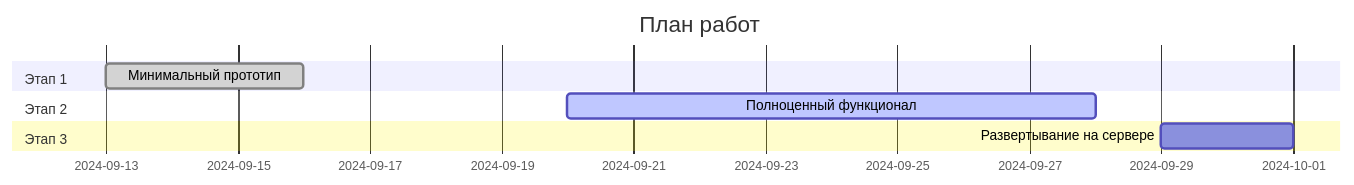
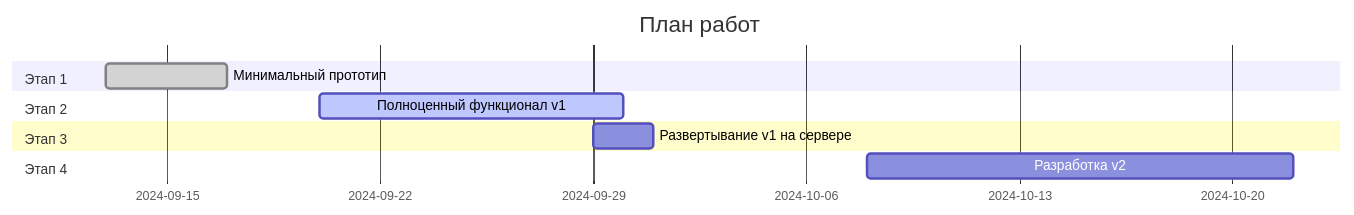
The diagram in ROADMAP.md (worker-one/real_estate_telegram_bot), drawn with Mermaid before and after one commit. The commit also changed other lines of this file, not shown here.

````diff
--- a/ROADMAP.md
+++ b/ROADMAP.md
@@ -47,11 +67,13 @@
 ```mermaid
 gantt
     dateFormat  YYYY-MM-DD
     title План работ
     section Этап 1
-    Минимальный прототип        :done, 2024-09-13, 3d
+    Минимальный прототип        :done, 2024-09-13, 4d
     section Этап 2
-    Полноценный функционал      :active, 2024-09-20, 8d
+    Полноценный функционал v1      :active, 2024-09-20, 10d
     section Этап 3
-    Развертывание на сервере    :2024-09-29, 2d
+    Развертывание v1 на сервере    :2024-09-29, 2d
+    section Этап 4
+    Разработка v2    :2024-10-08, 14d
 ```
````
